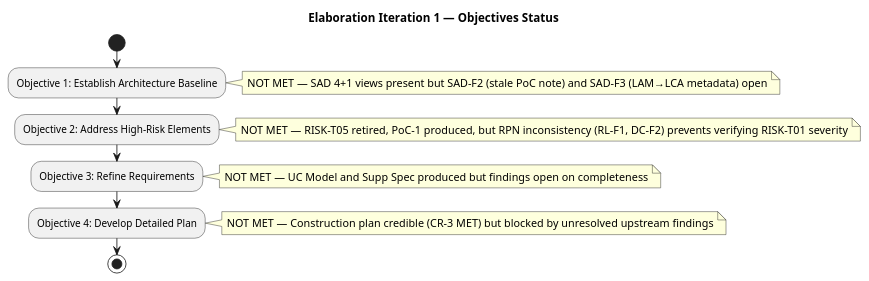
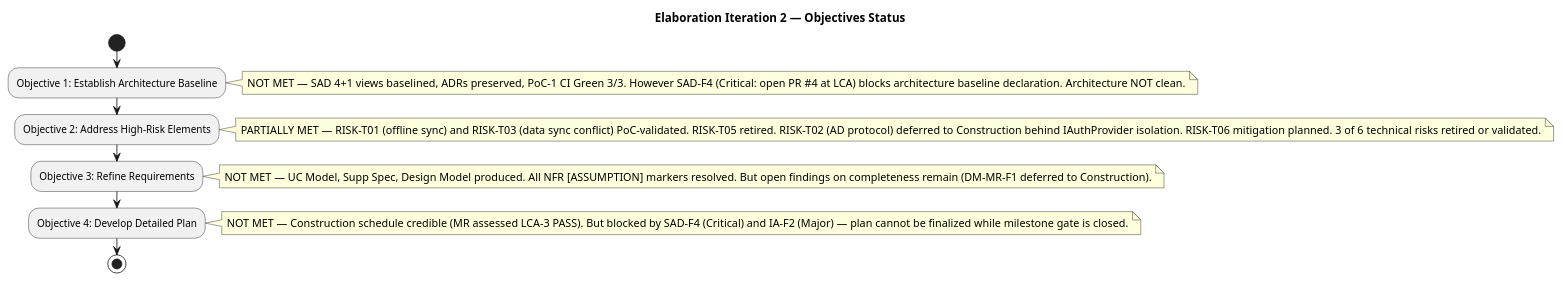
The first of 6 diagrams in docs/artifacts/project-management/iteration-assessment.md (banense-test/demo-janke-lab), drawn with PlantUML before and after one commit. The commit also changed other lines of this file, not shown here.

First line of the commit message:
Project Manager [E2]: upsert Iteration Assessment

````diff
--- a/docs/artifacts/project-management/iteration-assessment.md
+++ b/docs/artifacts/project-management/iteration-assessment.md
@@ -21,17 +21,17 @@
 ```plantuml
 @startuml
-title Elaboration Iteration 1 — Objectives Status
+title Elaboration Iteration 2 — Objectives Status
 
 start
 :Objective 1: Establish Architecture Baseline;
-note right: NOT MET — SAD 4+1 views present but SAD-F2 (stale PoC note) and SAD-F3 (LAM→LCA metadata) open
+note right: NOT MET — SAD 4+1 views baselined, ADRs preserved, PoC-1 CI Green 3/3. However SAD-F4 (Critical: open PR #4 at LCA) blocks architecture baseline declaration. Architecture NOT clean.
 :Objective 2: Address High-Risk Elements;
-note right: NOT MET — RISK-T05 retired, PoC-1 produced, but RPN inconsistency (RL-F1, DC-F2) prevents verifying RISK-T01 severity
+note right: PARTIALLY MET — RISK-T01 (offline sync) and RISK-T03 (data sync conflict) PoC-validated. RISK-T05 retired. RISK-T02 (AD protocol) deferred to Construction behind IAuthProvider isolation. RISK-T06 mitigation planned. 3 of 6 technical risks retired or validated.
 :Objective 3: Refine Requirements;
-note right: NOT MET — UC Model and Supp Spec produced but findings open on completeness
+note right: NOT MET — UC Model, Supp Spec, Design Model produced. All NFR [ASSUMPTION] markers resolved. But open findings on completeness remain (DM-MR-F1 deferred to Construction).
 :Objective 4: Develop Detailed Plan;
-note right: NOT MET — Construction plan credible (CR-3 MET) but blocked by unresolved upstream findings
+note right: NOT MET — Construction schedule credible (MR assessed LCA-3 PASS). But blocked by SAD-F4 (Critical) and IA-F2 (Major) — plan cannot be finalized while milestone gate is closed.
 
 stop
 @enduml
 ```
````
